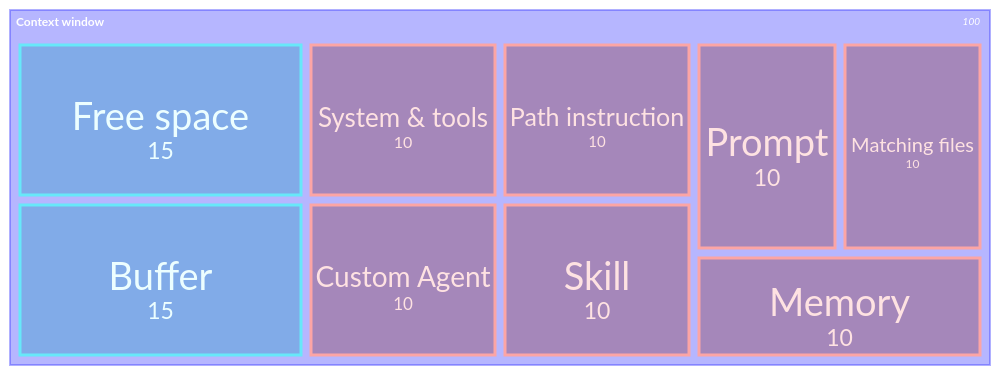
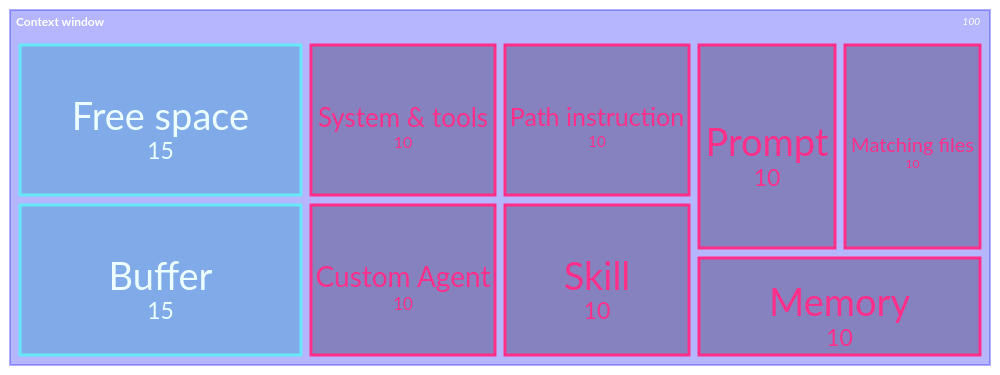
The fourth of 5 diagrams in src/content/glossary/context-engineering.md (theomonfort/theomonfort), drawn with Mermaid before and after one commit. The commit also changed other lines of this file, not shown here.

````diff
--- a/src/content/glossary/context-engineering.md
+++ b/src/content/glossary/context-engineering.md
@@ -90,15 +90,15 @@
 ```mermaid
 treemap-beta
 "Context window"
   "System & tools": 10:::used
   "Custom Agent": 10:::used
   "Path instruction": 10:::used
   "Skill": 10:::used
   "Prompt": 10:::used
   "Matching files": 10:::used
   "Memory": 10:::used
   "Free space": 15:::free
   "Buffer": 15:::free
-classDef used fill:#7f1d1d,stroke:#fca5a5,color:#fee2e2
+classDef used fill:#1a0a2e,stroke:#ff2e88,color:#ff2e88
 classDef free fill:#0891b2,stroke:#67e8f9,color:#ecfeff
 ```
````
